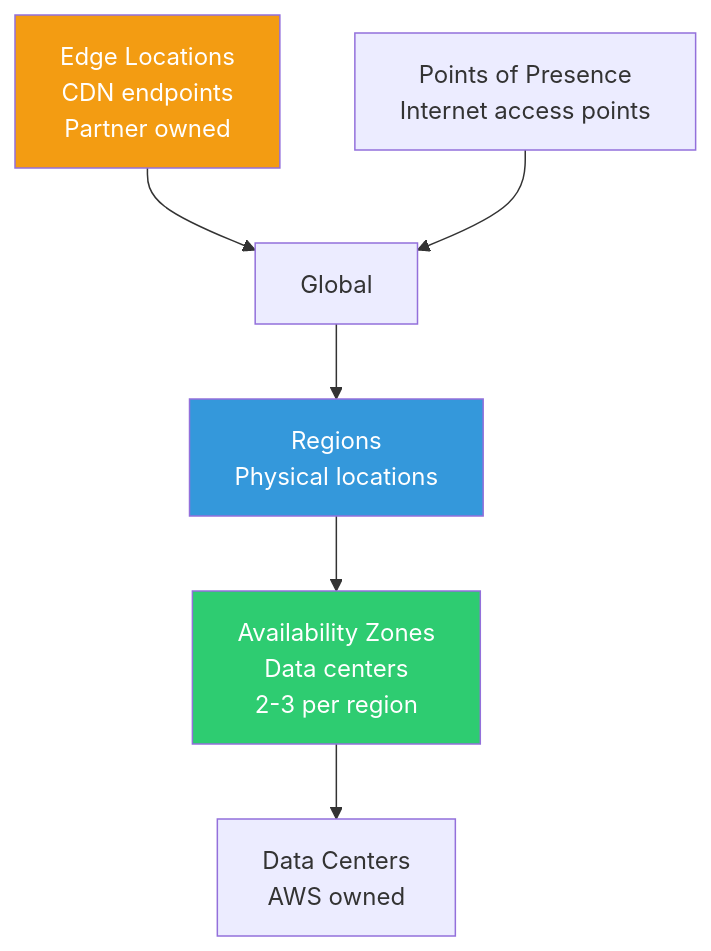
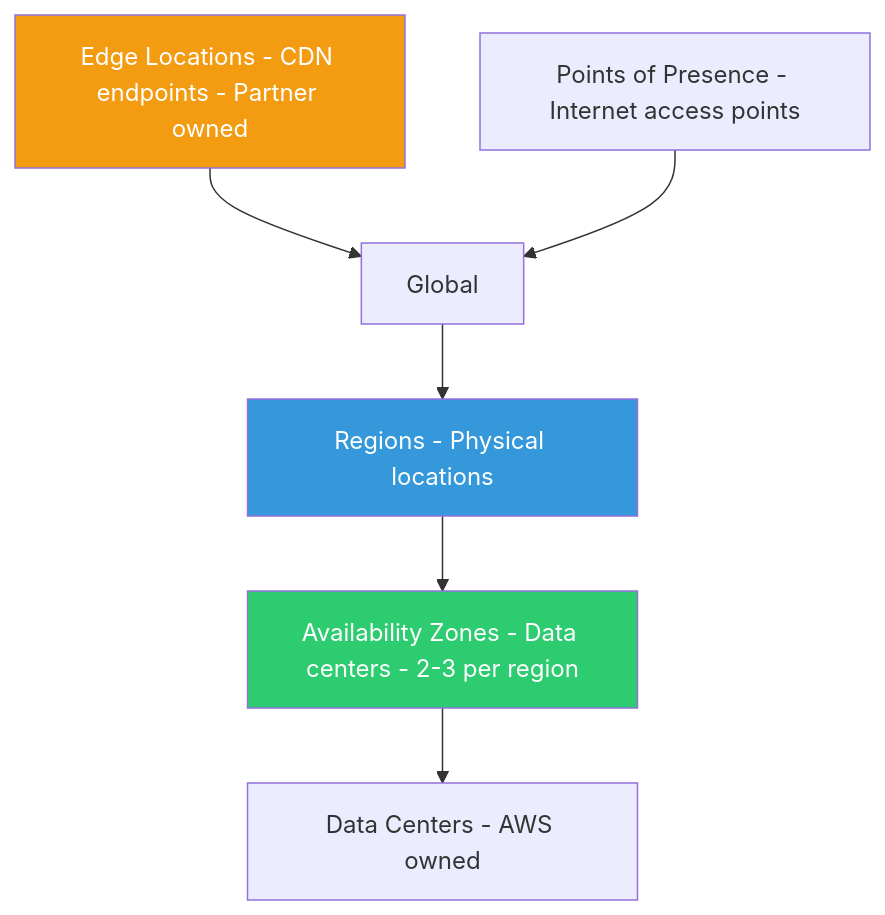
The second of 10 diagrams in Cloud/AWS/AWS-Certifications/AWS-Cloud-Practitioner/README.md (jtombo45/SeniorEngineerRoadmap), drawn with Mermaid before and after one commit. The commit also changed other lines of this file, not shown here.

Commit message:
fixed diagrams for rendering

````diff
--- a/Cloud/AWS/AWS-Certifications/AWS-Cloud-Practitioner/README.md
+++ b/Cloud/AWS/AWS-Certifications/AWS-Cloud-Practitioner/README.md
@@ -80,12 +89,12 @@
 ```mermaid
-graph TD
-    A[Global] --> B[Regions<br/>Physical locations]
-    B --> C[Availability Zones<br/>Data centers<br/>2-3 per region]
-    C --> D[Data Centers<br/>AWS owned]
-    E[Edge Locations<br/>CDN endpoints<br/>Partner owned] --> A
-    F[Points of Presence<br/>Internet access points] --> A
+flowchart TD
+    A[Global] --> B[Regions - Physical locations]
+    B --> C[Availability Zones - Data centers - 2-3 per region]
+    C --> D[Data Centers - AWS owned]
+    E[Edge Locations - CDN endpoints - Partner owned] --> A
+    F[Points of Presence - Internet access points] --> A
     
     style B fill:#3498DB,color:#fff
     style C fill:#2ECC71,color:#fff
     style E fill:#F39C12,color:#fff
 ```
````
